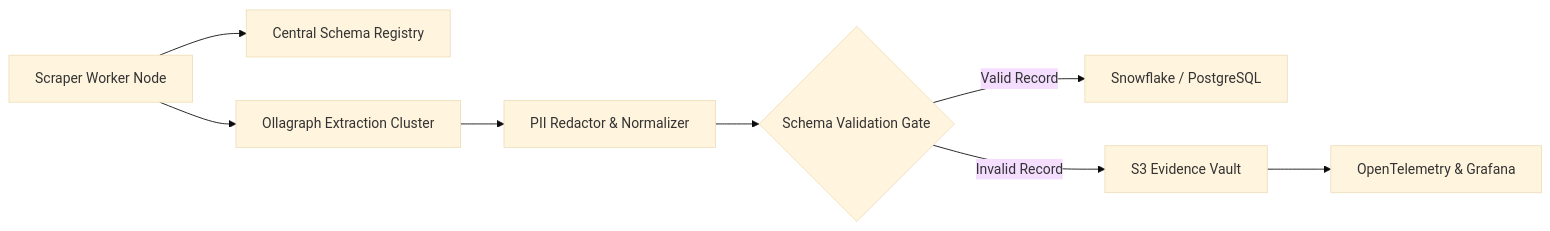
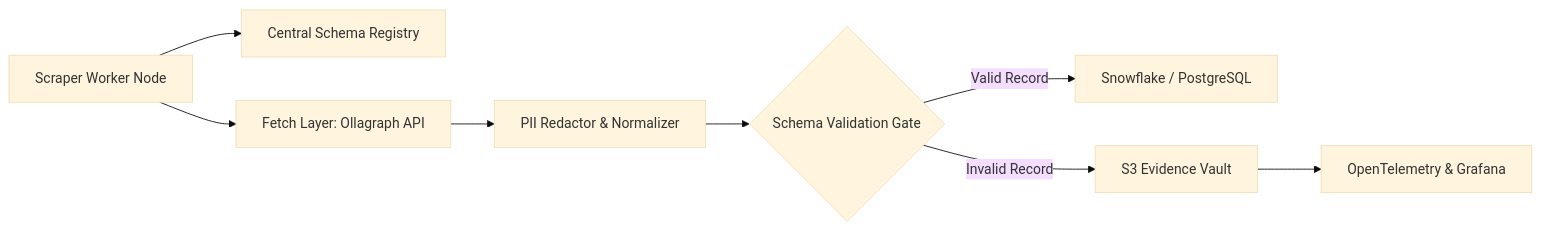
Before and after one commit to vikasswaminh/ollagraph-marketing: the second of 3 diagrams in src/content/blog/document-to-json-extraction-turning-web-pages-into-typed-records.md, drawn with Mermaid (base theme). The commit also changed other lines of this file and 21 other files, not shown here.

````diff
--- a/src/content/blog/document-to-json-extraction-turning-web-pages-into-typed-records.md
+++ b/src/content/blog/document-to-json-extraction-turning-web-pages-into-typed-records.md
@@ -481,10 +518,10 @@
 ```mermaid
 graph LR
     Worker[Scraper Worker Node] --> SchemaRegistry[Central Schema Registry]
-    Worker --> Engine[Ollagraph Extraction Cluster]
+    Worker --> Engine[Fetch Layer: Ollagraph API]
     Engine --> PIIMasker[PII Redactor & Normalizer]
     PIIMasker --> Gate{Schema Validation Gate}
     Gate -- Valid Record --> DataWarehouse[Snowflake / PostgreSQL]
     Gate -- Invalid Record --> Vault[S3 Evidence Vault]
     Vault --> Telemetry[OpenTelemetry & Grafana]
 ```
````
